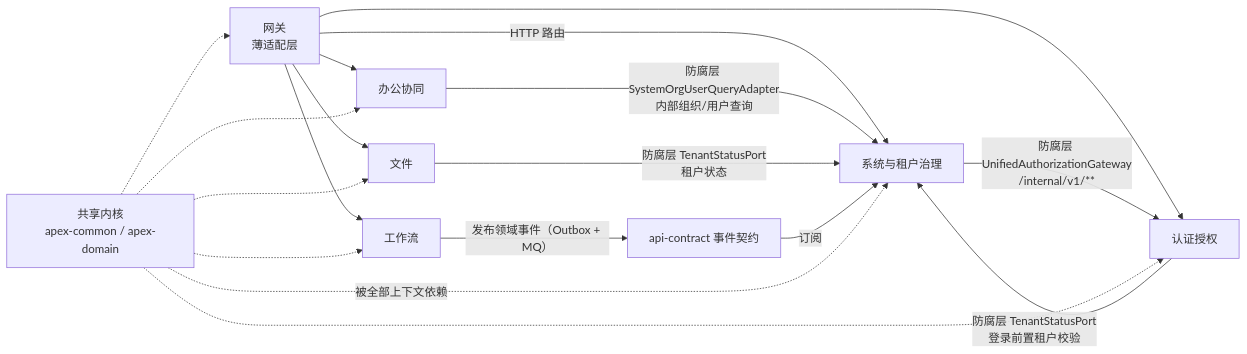
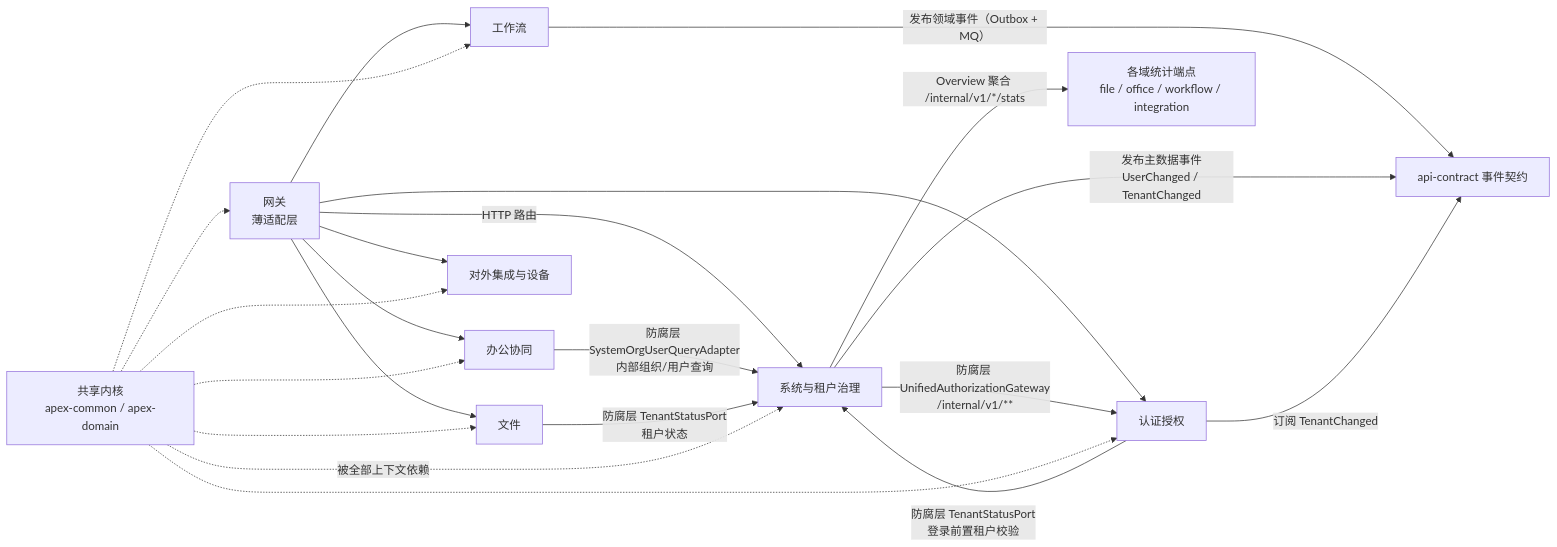
The diagram in docs/02-architecture/context-map.md (apex-cloud-service/apex-scaffold), drawn with Mermaid before and after one commit. The commit also changed other lines of this file and 4 other files, not shown here.

````diff
--- a/docs/02-architecture/context-map.md
+++ b/docs/02-architecture/context-map.md
@@ -18,22 +19,26 @@
 ```mermaid
 graph LR
     GW[网关<br/>薄适配层] -->|HTTP 路由| SYS[系统与租户治理]
     GW --> AUTH[认证授权]
     GW --> WF[工作流]
     GW --> FILE[文件]
     GW --> OFFICE[办公协同]
+    GW --> INT[对外集成与设备]
 
     SYS -->|防腐层 UnifiedAuthorizationGateway<br/>/internal/v1/**| AUTH
     OFFICE -->|防腐层 SystemOrgUserQueryAdapter<br/>内部组织/用户查询| SYS
     FILE -->|防腐层 TenantStatusPort<br/>租户状态| SYS
     AUTH -->|防腐层 TenantStatusPort<br/>登录前置租户校验| SYS
     WF -->|发布领域事件（Outbox + MQ）| CONTRACT[api-contract 事件契约]
-    CONTRACT -->|订阅| SYS
+    SYS -->|发布主数据事件<br/>UserChanged / TenantChanged| CONTRACT
+    AUTH -->|订阅 TenantChanged| CONTRACT
+    SYS -->|Overview 聚合 /internal/v1/*/stats| STATS[各域统计端点<br/>file / office / workflow / integration]
 
     SHARED[共享内核<br/>apex-common / apex-domain] -.->|被全部上下文依赖| SYS
     SHARED -.-> AUTH
     SHARED -.-> WF
     SHARED -.-> FILE
     SHARED -.-> OFFICE
+    SHARED -.-> INT
     SHARED -.-> GW
 ```
````
